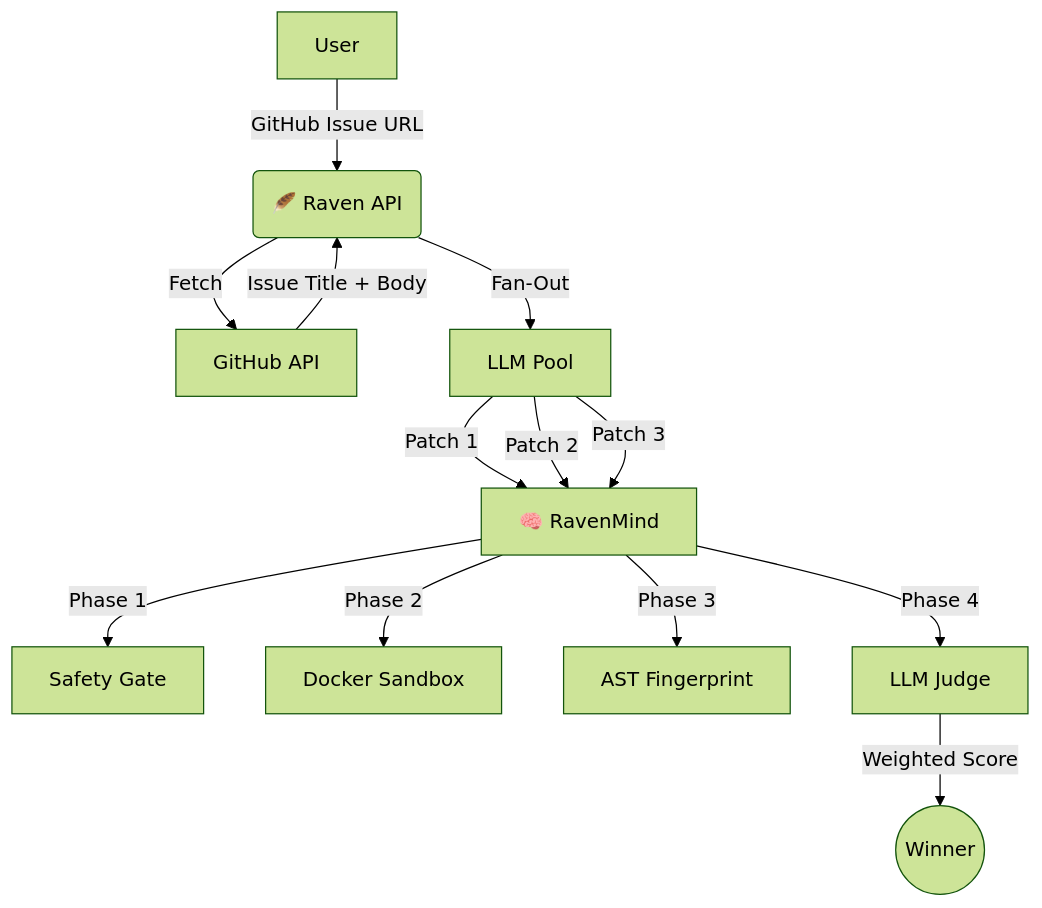
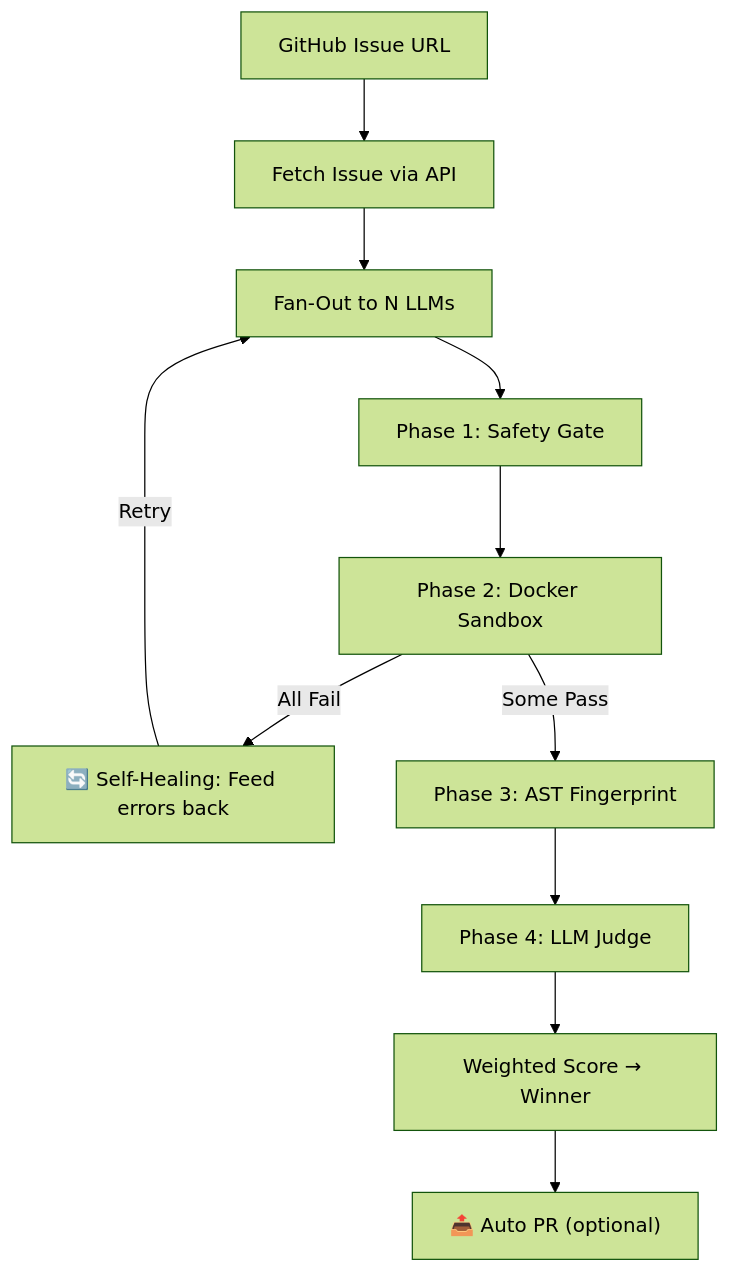
The diagram in README.md (Shardz4/Raven), drawn with Mermaid (forest theme) before and after one commit. The commit also changed other lines of this file and 1 other file, not shown here.

````diff
--- a/README.md
+++ b/README.md
@@ -24,15 +31,13 @@
 ```mermaid
 graph TD
-    A[User] -->|GitHub Issue URL| B(🪶 Raven API)
-    B -->|Fetch| C[GitHub API]
-    C -->|Issue Title + Body| B
-    B -->|Fan-Out| D[LLM Pool]
-    D -->|Patch 1| E["🧠 RavenMind"]
-    D -->|Patch 2| E
-    D -->|Patch 3| E
-    E -->|Phase 1| F[Safety Gate]
-    E -->|Phase 2| G[Docker Sandbox]
-    E -->|Phase 3| H[AST Fingerprint]
-    E -->|Phase 4| I[LLM Judge]
-    I -->|Weighted Score| J((Winner))
+    A[GitHub Issue URL] --> B[Fetch Issue via API]
+    B --> C[Fan-Out to N LLMs]
+    C --> D["Phase 1: Safety Gate"]
+    D --> E["Phase 2: Docker Sandbox"]
+    E -->|All Fail| F["🔄 Self-Healing: Feed errors back"]
+    F -->|Retry| C
+    E -->|Some Pass| G["Phase 3: AST Fingerprint"]
+    G --> H["Phase 4: LLM Judge"]
+    H --> I[Weighted Score → Winner]
+    I --> J["📤 Auto PR (optional)"]
 ```
````
